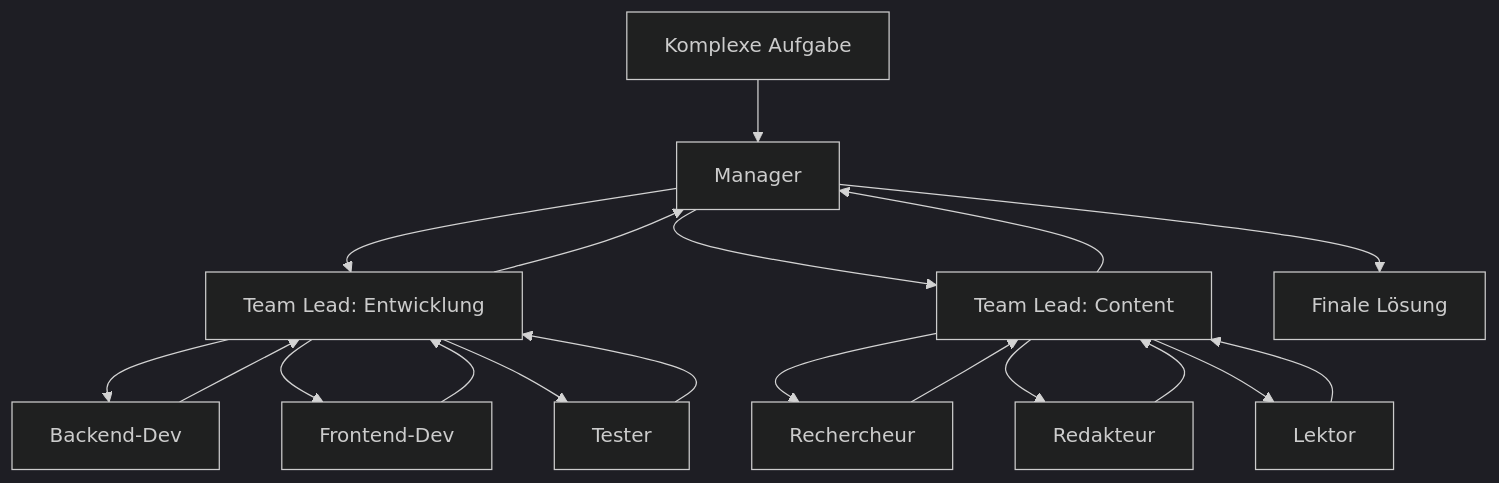
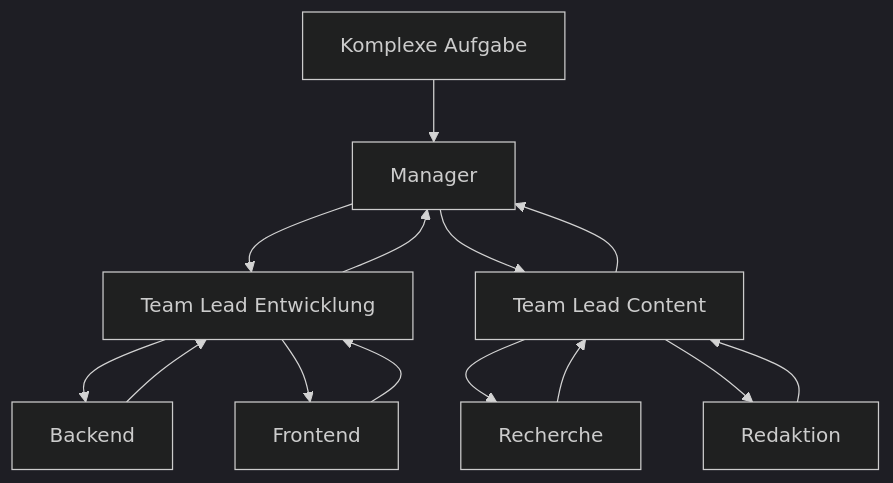
The third of 5 diagrams in docs/concepts/Multi_Agent_Systeme.md (ralf-42/Agenten), drawn with Mermaid (dark theme) before and after one commit. The commit also changed other lines of this file and 15 other files, not shown here.

````diff
--- a/docs/concepts/Multi_Agent_Systeme.md
+++ b/docs/concepts/Multi_Agent_Systeme.md
@@ -407,25 +122,16 @@
 ```mermaid
 flowchart TD
     A[Komplexe Aufgabe] --> M[Manager]
-    M --> TL1[Team Lead: Entwicklung]
-    M --> TL2[Team Lead: Content]
-    
-    TL1 --> D1[Backend-Dev]
-    TL1 --> D2[Frontend-Dev]
-    TL1 --> D3[Tester]
-    
-    TL2 --> C1[Rechercheur]
-    TL2 --> C2[Redakteur]
-    TL2 --> C3[Lektor]
-    
+    M --> TL1[Team Lead Entwicklung]
+    M --> TL2[Team Lead Content]
+    TL1 --> D1[Backend]
+    TL1 --> D2[Frontend]
+    TL2 --> C1[Recherche]
+    TL2 --> C2[Redaktion]
     D1 --> TL1
     D2 --> TL1
-    D3 --> TL1
     C1 --> TL2
     C2 --> TL2
-    C3 --> TL2
-    
     TL1 --> M
     TL2 --> M
-    M --> E[Finale Lösung]
 ```
````
